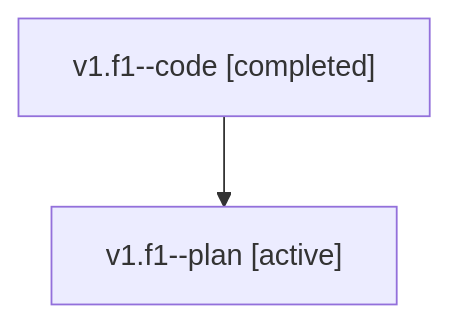
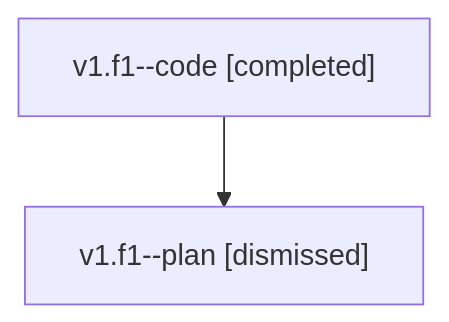
Before and after one commit to sase-org/sase--agents: the diagram in sessions/bbugyi200.athena.v1.f1.md, drawn with Mermaid. The commit also changed other lines of this file and 36 other files, not shown here.

````diff
--- a/sessions/bbugyi200.athena.v1.f1.md
+++ b/sessions/bbugyi200.athena.v1.f1.md
@@ -9,6 +9,6 @@
 ```mermaid
 flowchart TD
   n0["v1.f1--code [completed]"]
-  n1["v1.f1--plan [active]"]
+  n1["v1.f1--plan [dismissed]"]
   n0 --> n1
 ```
````
